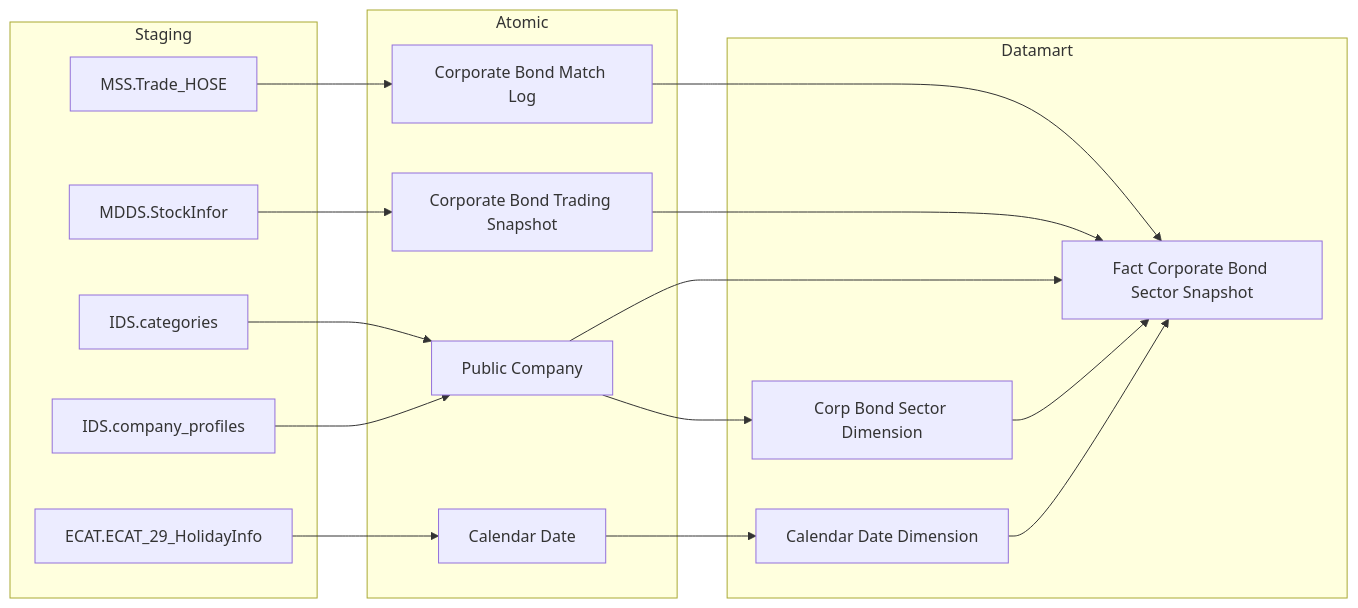
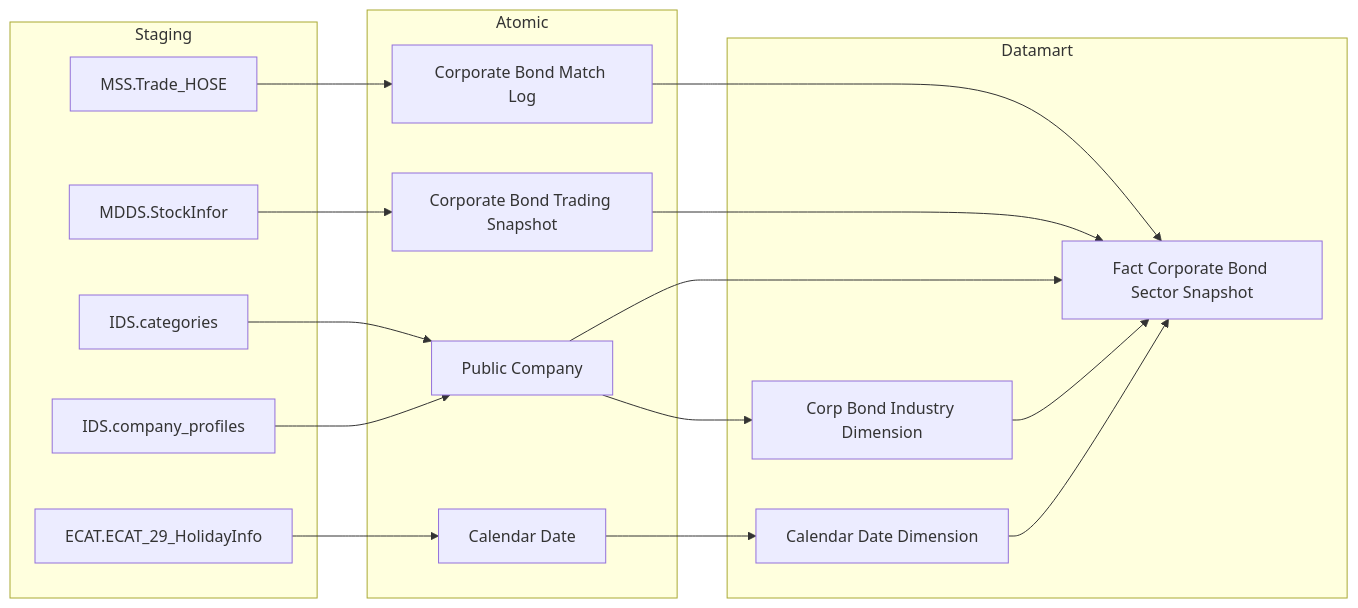
One commit to linhlvit/ubck_atomic_design changed the seventh of 55 diagrams in Datamart/hld/DTM_PTTT_HLD.md. Above: the diagram before and after it, drawn with Mermaid. The commit also changed other lines of this file and 60 other files, not shown here.

````diff
--- a/Datamart/hld/DTM_PTTT_HLD.md
+++ b/Datamart/hld/DTM_PTTT_HLD.md
@@ -243,33 +243,33 @@
 ```mermaid
 flowchart LR
     subgraph SRC["Staging"]
         MSS_Trade_HOSE8["MSS.Trade_HOSE"]
         MDDS_StockInfor8["MDDS.StockInfor"]
         IDS_categories8["IDS.categories"]
         IDS_company_profiles8["IDS.company_profiles"]
         ECAT_ECAT_29_HolidayInfo8["ECAT.ECAT_29_HolidayInfo"]
     end
     subgraph SIL["Atomic"]
         Corp_Bond_Match_Log8["Corporate Bond Match Log"]
         Corp_Bond_Trading_Snapshot8["Corporate Bond Trading Snapshot"]
         Public_Company8["Public Company"]
         Calendar_Date8["Calendar Date"]
     end
     subgraph GOLD["Datamart"]
-        fct_corp_bond_sctr_snpst["Fact Corporate Bond Sector Snapshot"]
-        corp_bond_sctr_dim8["Corp Bond Sector Dimension"]
+        fct_corporate_bond_sector_snpst["Fact Corporate Bond Sector Snapshot"]
+        corp_bond_industry_dim8["Corp Bond Industry Dimension"]
         cdr_dt_dim8["Calendar Date Dimension"]
     end
     MSS_Trade_HOSE8 --> Corp_Bond_Match_Log8
     MDDS_StockInfor8 --> Corp_Bond_Trading_Snapshot8
     IDS_categories8 --> Public_Company8
     IDS_company_profiles8 --> Public_Company8
     ECAT_ECAT_29_HolidayInfo8 --> Calendar_Date8
-    Corp_Bond_Match_Log8 --> fct_corp_bond_sctr_snpst
-    Corp_Bond_Trading_Snapshot8 --> fct_corp_bond_sctr_snpst
-    Public_Company8 --> fct_corp_bond_sctr_snpst
-    Public_Company8 --> corp_bond_sctr_dim8
+    Corp_Bond_Match_Log8 --> fct_corporate_bond_sector_snpst
+    Corp_Bond_Trading_Snapshot8 --> fct_corporate_bond_sector_snpst
+    Public_Company8 --> fct_corporate_bond_sector_snpst
+    Public_Company8 --> corp_bond_industry_dim8
     Calendar_Date8 --> cdr_dt_dim8
-    corp_bond_sctr_dim8 --> fct_corp_bond_sctr_snpst
-    cdr_dt_dim8 --> fct_corp_bond_sctr_snpst
+    corp_bond_industry_dim8 --> fct_corporate_bond_sector_snpst
+    cdr_dt_dim8 --> fct_corporate_bond_sector_snpst
 ```
````
